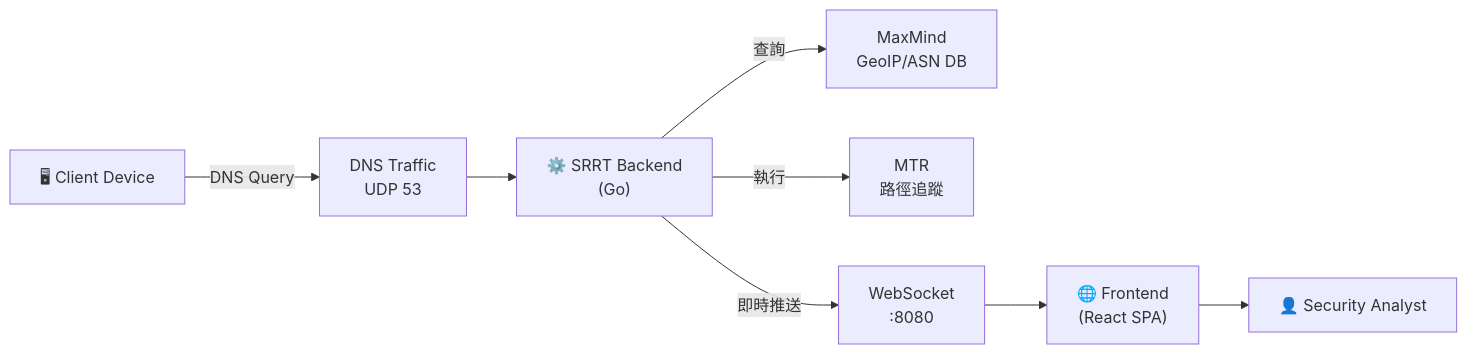
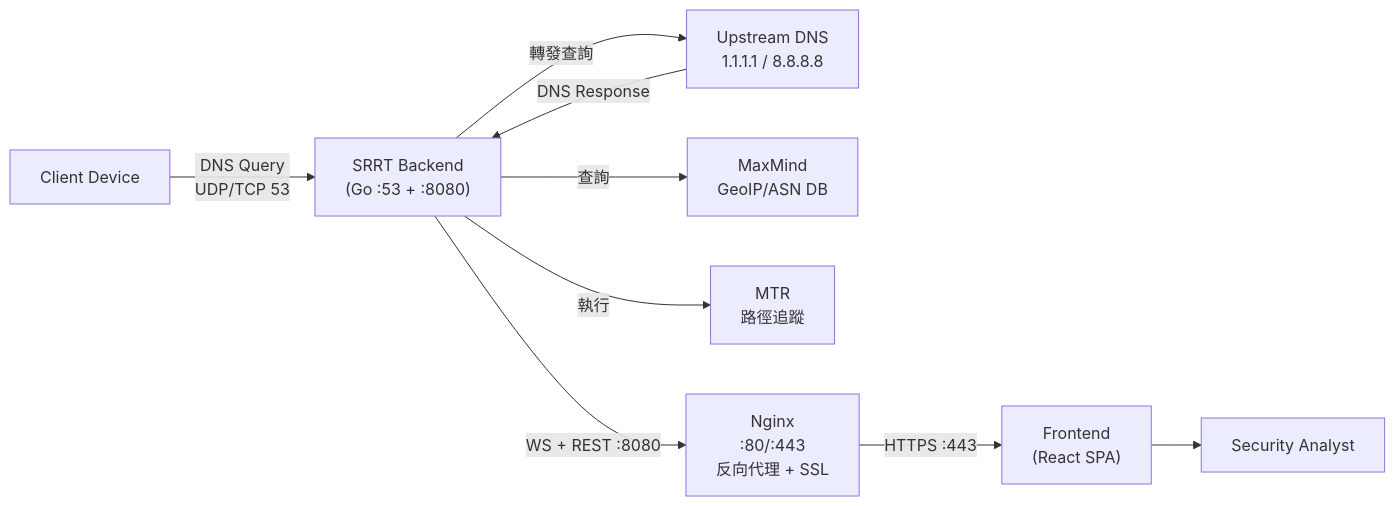
Before and after one commit to zeroflare/ocf-srrt: the diagram in doc/03_system_scope_and_context.md, drawn with Mermaid. The commit also changed other lines of this file and 46 other files, not shown here.

First line of the commit message:
feat(frontend/backend): implement rate limiting, caching, and enhanced traceroute enrichment

````diff
--- a/doc/03_system_scope_and_context.md
+++ b/doc/03_system_scope_and_context.md
@@ -6,19 +6,20 @@
 ```mermaid
 graph LR
-    Client["🖥 Client Device"]
-    DNS["DNS Traffic<br/>UDP 53"]
-    Backend["⚙️ SRRT Backend<br/>(Go)"]
+    Client["Client Device"]
+    Upstream["Upstream DNS<br/>1.1.1.1 / 8.8.8.8"]
+    Backend["SRRT Backend<br/>(Go :53 + :8080)"]
     GeoIP["MaxMind<br/>GeoIP/ASN DB"]
     MTR["MTR<br/>路徑追蹤"]
-    WS["WebSocket<br/>:8080"]
-    Frontend["🌐 Frontend<br/>(React SPA)"]
-    Analyst["👤 Security Analyst"]
+    Nginx["Nginx<br/>:80/:443<br/>反向代理 + SSL"]
+    Frontend["Frontend<br/>(React SPA)"]
+    Analyst["Security Analyst"]
 
-    Client -->|DNS Query| DNS
-    DNS --> Backend
+    Client -->|"DNS Query<br/>UDP/TCP 53"| Backend
+    Backend -->|"轉發查詢"| Upstream
+    Upstream -->|"DNS Response"| Backend
     Backend -->|查詢| GeoIP
     Backend -->|執行| MTR
-    Backend -->|即時推送| WS
-    WS --> Frontend
+    Backend -->|"WS + REST :8080"| Nginx
+    Nginx -->|"HTTPS :443"| Frontend
     Frontend --> Analyst
 ```
````
